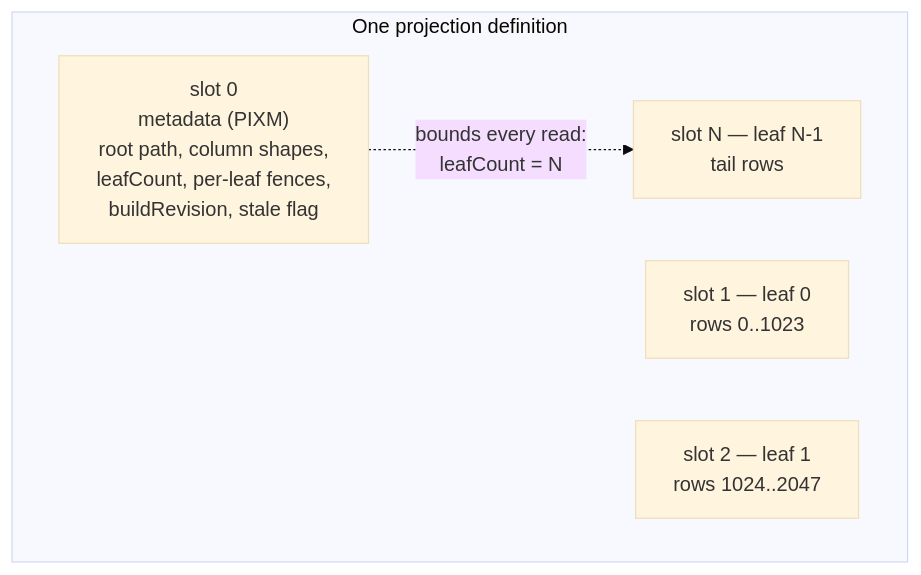
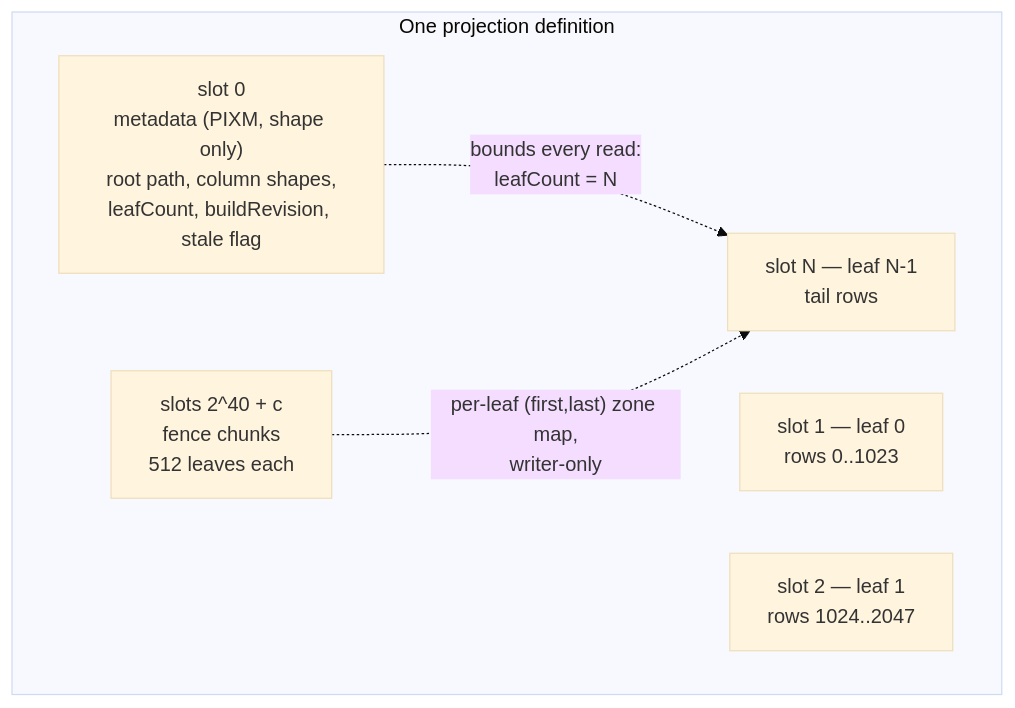
One commit to sirixdb/sirix changed the second of 14 diagrams in docs/PROJECTION_INDEX_DEEP_DIVE.md. Above: the diagram before and after it, drawn with Mermaid (base theme). The commit also changed other lines of this file and 4 other files, not shown here.

First line of the commit message:
docs: projection storage — fence chunks, inline blobs, sub-slot rationale

````diff
--- a/docs/PROJECTION_INDEX_DEEP_DIVE.md
+++ b/docs/PROJECTION_INDEX_DEEP_DIVE.md
@@ -154,10 +154,12 @@
 ```mermaid
 flowchart TB
     subgraph store["One projection definition"]
-        M["slot 0<br/>metadata (PIXM)<br/>root path, column shapes,<br/>leafCount, per-leaf fences,<br/>buildRevision, stale flag"]
+        M["slot 0<br/>metadata (PIXM, shape only)<br/>root path, column shapes,<br/>leafCount, buildRevision, stale flag"]
         L1["slot 1 — leaf 0<br/>rows 0..1023"]
         L2["slot 2 — leaf 1<br/>rows 1024..2047"]
         LN["slot N — leaf N-1<br/>tail rows"]
+        F["slots 2^40 + c<br/>fence chunks<br/>512 leaves each"]
     end
     M -.->|"bounds every read:<br/>leafCount = N"| LN
+    F -.->|"per-leaf (first,last) zone map,<br/>writer-only"| LN
 ```
````
